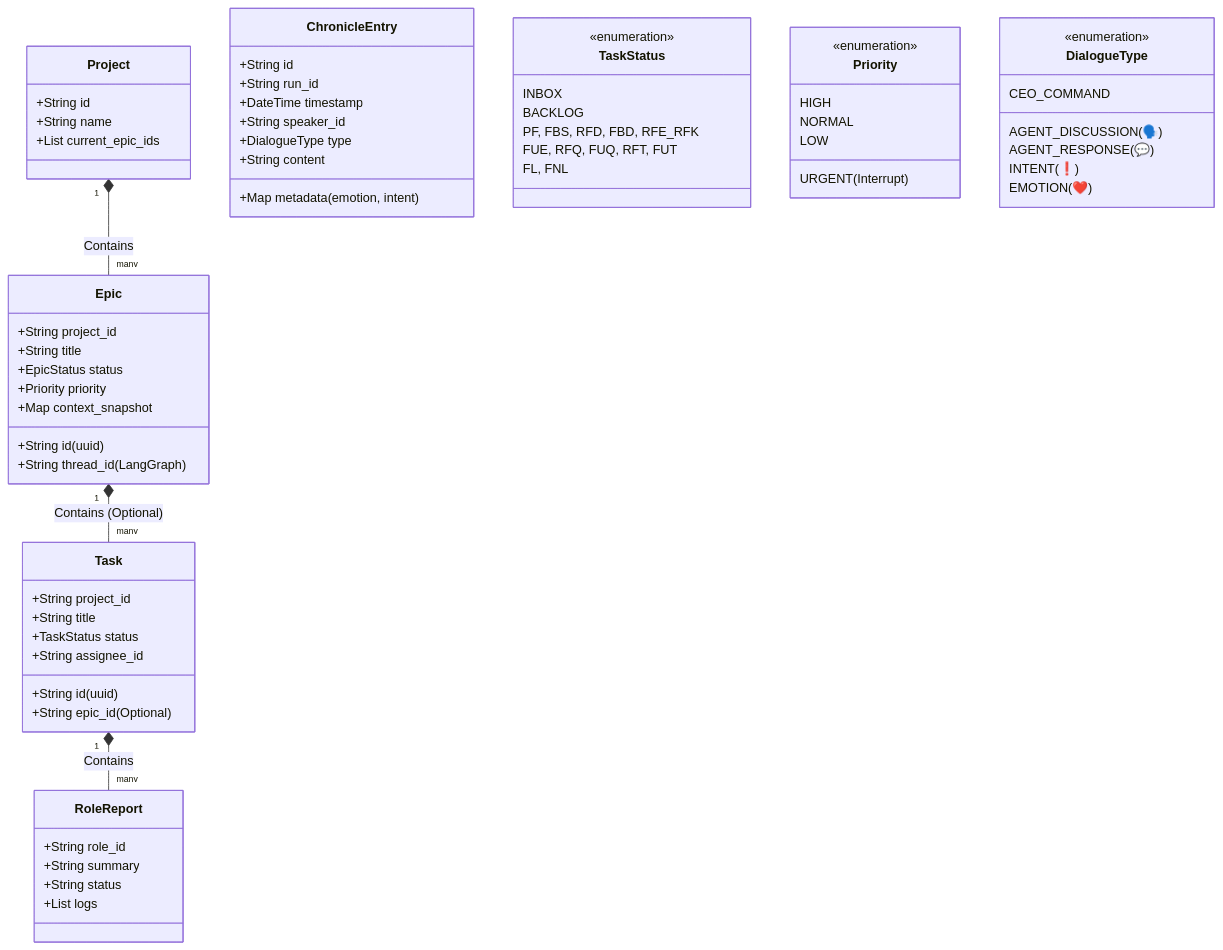
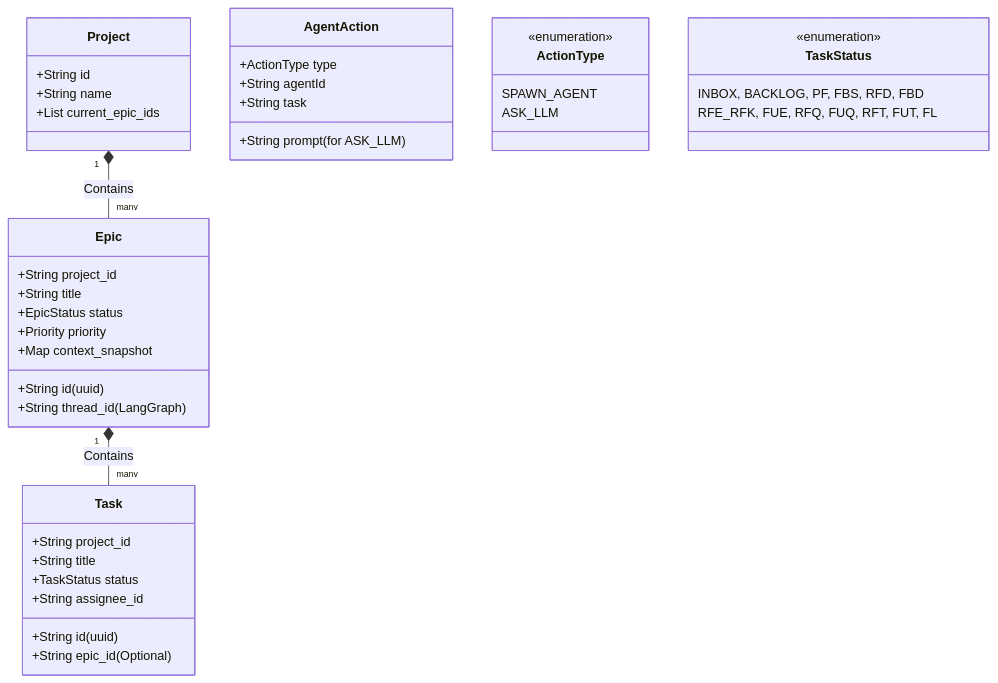
The second of 4 diagrams in docs/core/process/SYSTEM_DESIGN_V1_0.md (KyleL22/yuna-openclaw), drawn with Mermaid before and after one commit. The commit also changed other lines of this file, not shown here.

Commit message:
Docs: Finalize System Design v15.0 (Main Agent Delegation Architecture)

````diff
--- a/docs/core/process/SYSTEM_DESIGN_V1_0.md
+++ b/docs/core/process/SYSTEM_DESIGN_V1_0.md
@@ -66,76 +65,51 @@
 ```mermaid
 classDiagram
     %% Core Entities
     class Project {
         +String id
         +String name
         +List current_epic_ids
     }
 
     class Epic {
         +String id (uuid)
         +String project_id
         +String title
         +EpicStatus status
         +Priority priority
         +String thread_id (LangGraph)
         +Map context_snapshot
     }
 
     class Task {
         +String id (uuid)
         +String epic_id (Optional)
         +String project_id
         +String title
         +TaskStatus status
         +String assignee_id
     }
 
-    class RoleReport {
-        +String role_id
-        +String summary
-        +String status
-        +List logs
-    }
-
-    class ChronicleEntry {
-        +String id
-        +String run_id
-        +DateTime timestamp
-        +String speaker_id
-        +DialogueType type
-        +String content
-        +Map metadata (emotion, intent)
+    class AgentAction {
+        +ActionType type
+        +String agentId
+        +String task
+        +String prompt (for ASK_LLM)
     }
 
     %% Enums
+    class ActionType {
+        <<enumeration>>
+        SPAWN_AGENT
+        ASK_LLM
+    }
+
     class TaskStatus {
         <<enumeration>>
-        INBOX
-        BACKLOG
-        PF, FBS, RFD, FBD, RFE_RFK
-        FUE, RFQ, FUQ, RFT, FUT
-        FL, FNL
-    }
-
-    class Priority {
-        <<enumeration>>
-        URGENT (Interrupt)
-        HIGH
-        NORMAL
-        LOW
-    }
-
-    class DialogueType {
-        <<enumeration>>
-        CEO_COMMAND
-        AGENT_DISCUSSION (🗣️)
-        AGENT_RESPONSE (💬)
-        INTENT (❗️)
-        EMOTION (❤️)
+        INBOX, BACKLOG, PF, FBS, RFD, FBD
+        RFE_RFK, FUE, RFQ, FUQ, RFT, FUT, FL
     }
 
     Project "1" *-- "many" Epic : Contains
-    Epic "1" *-- "many" Task : Contains (Optional)
-    Task "1" *-- "many" RoleReport : Contains
+    Epic "1" *-- "many" Task : Contains
 ```
````
